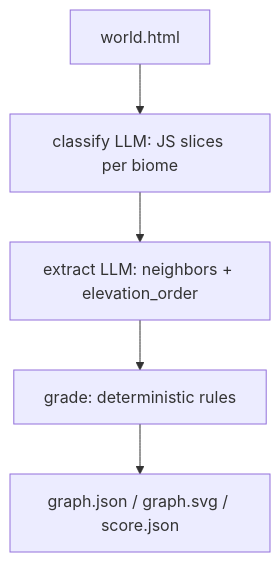
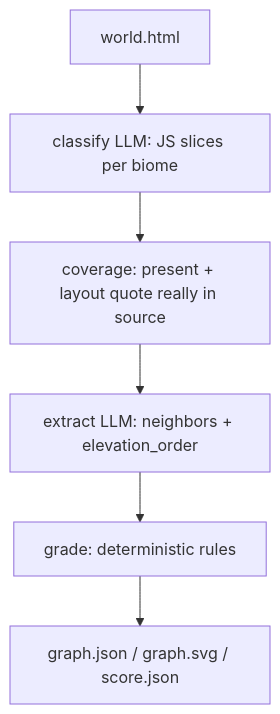
The first of 2 diagrams in tests/WC002_biome_placement/Readme.md (KrishBakshi/worldbench), drawn with Mermaid before and after one commit. The commit also changed other lines of this file and 29 other files, not shown here.

````diff
--- a/tests/WC002_biome_placement/Readme.md
+++ b/tests/WC002_biome_placement/Readme.md
@@ -13,8 +15,9 @@
 ```mermaid
 flowchart TD
     html["world.html"]
     html --> classify["classify LLM: JS slices per biome"]
-    classify --> extract["extract LLM: neighbors + elevation_order"]
+    classify --> coverage["coverage: present + layout quote really in source"]
+    coverage --> extract["extract LLM: neighbors + elevation_order"]
     extract --> grade["grade: deterministic rules"]
     grade --> artifacts["graph.json / graph.svg / score.json"]
 ```
````
